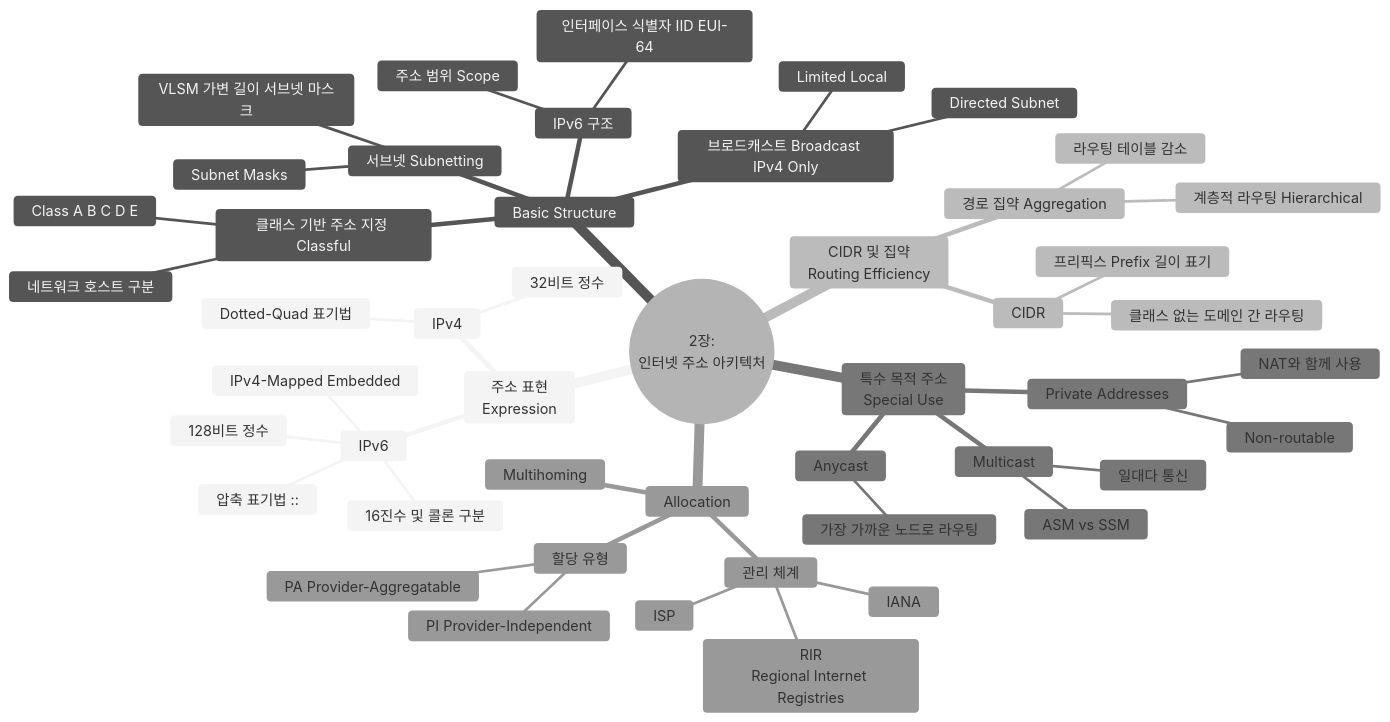
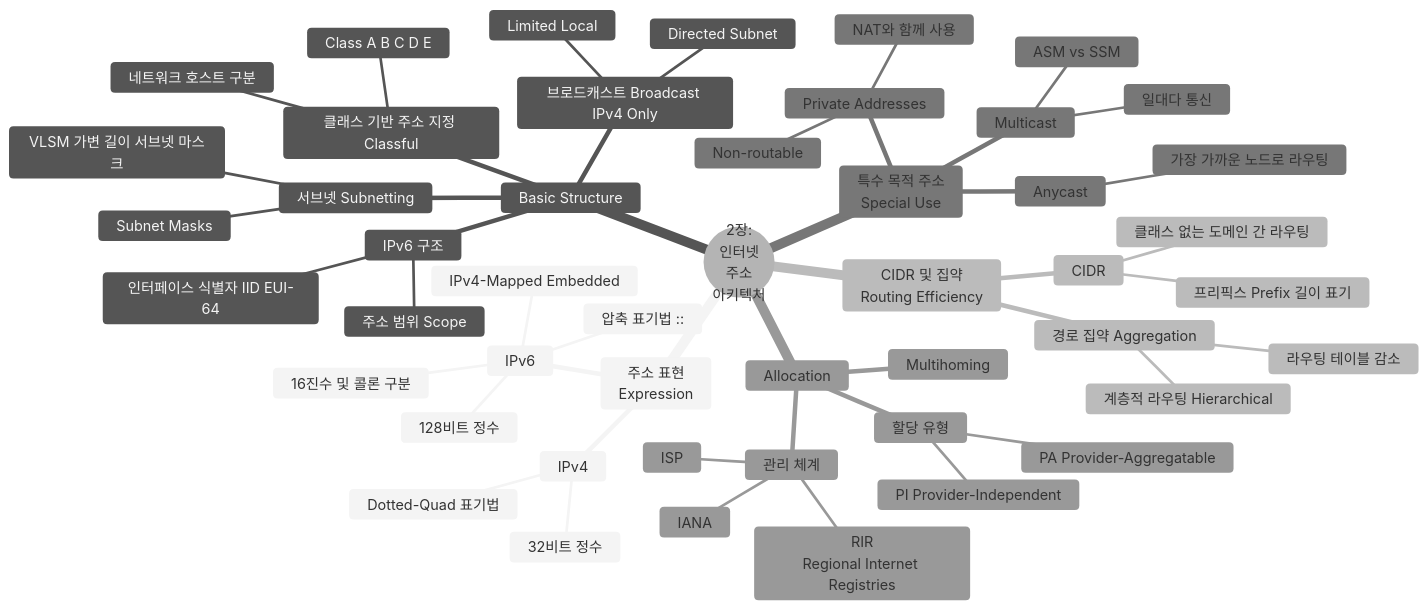
Before and after one commit to youngmin-gwon/what-i-studied: the diagram in 01_inbox/books/tcp_ip_illustrated_1/chapter2.md, drawn with Mermaid (neutral theme). The commit also changed other lines of this file and 10 other files, not shown here.

````diff
--- a/01_inbox/books/tcp_ip_illustrated_1/chapter2.md
+++ b/01_inbox/books/tcp_ip_illustrated_1/chapter2.md
@@ -16,51 +16,51 @@
 ```mermaid
 mindmap
-  root((2장:<br>인터넷 주소 아키텍처))
+  root((2장:<br>인터넷<br>주소<br>아키텍처))
     주소 표현<br>Expression
       IPv4
         32비트 정수
         Dotted-Quad 표기법
       IPv6
         128비트 정수
         16진수 및 콜론 구분
         압축 표기법 ::
         IPv4-Mapped Embedded
     Basic Structure
       클래스 기반 주소 지정 Classful
         Class A B C D E
         네트워크 호스트 구분
       서브넷 Subnetting
         Subnet Masks
         VLSM 가변 길이 서브넷 마스크
       브로드캐스트 Broadcast IPv4 Only
         Directed Subnet
         Limited Local
       IPv6 구조
         인터페이스 식별자 IID EUI-64
         주소 범위 Scope
     CIDR 및 집약<br>Routing Efficiency
       CIDR
         클래스 없는 도메인 간 라우팅
         프리픽스 Prefix 길이 표기
       경로 집약 Aggregation
         라우팅 테이블 감소
         계층적 라우팅 Hierarchical
     특수 목적 주소<br>Special Use
       Private Addresses
         Non-routable
         NAT와 함께 사용
       Multicast
         일대다 통신
         ASM vs SSM
       Anycast
         가장 가까운 노드로 라우팅
     Allocation
       관리 체계
         IANA
         RIR<br>Regional Internet Registries
         ISP
       할당 유형
         PA Provider-Aggregatable
         PI Provider-Independent
       Multihoming
 ```
````
